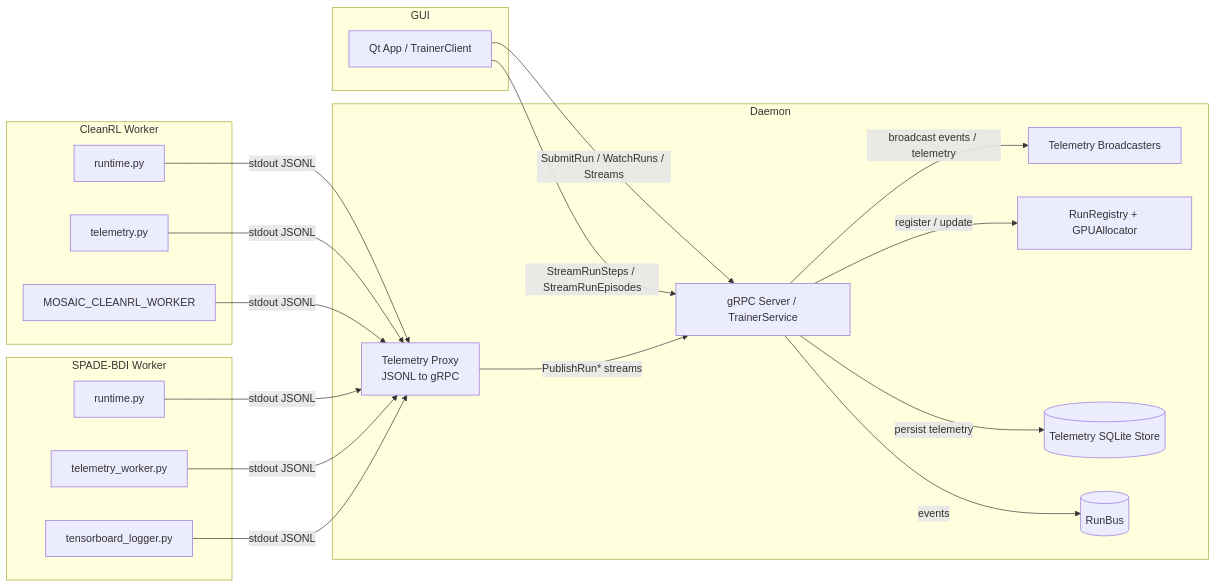
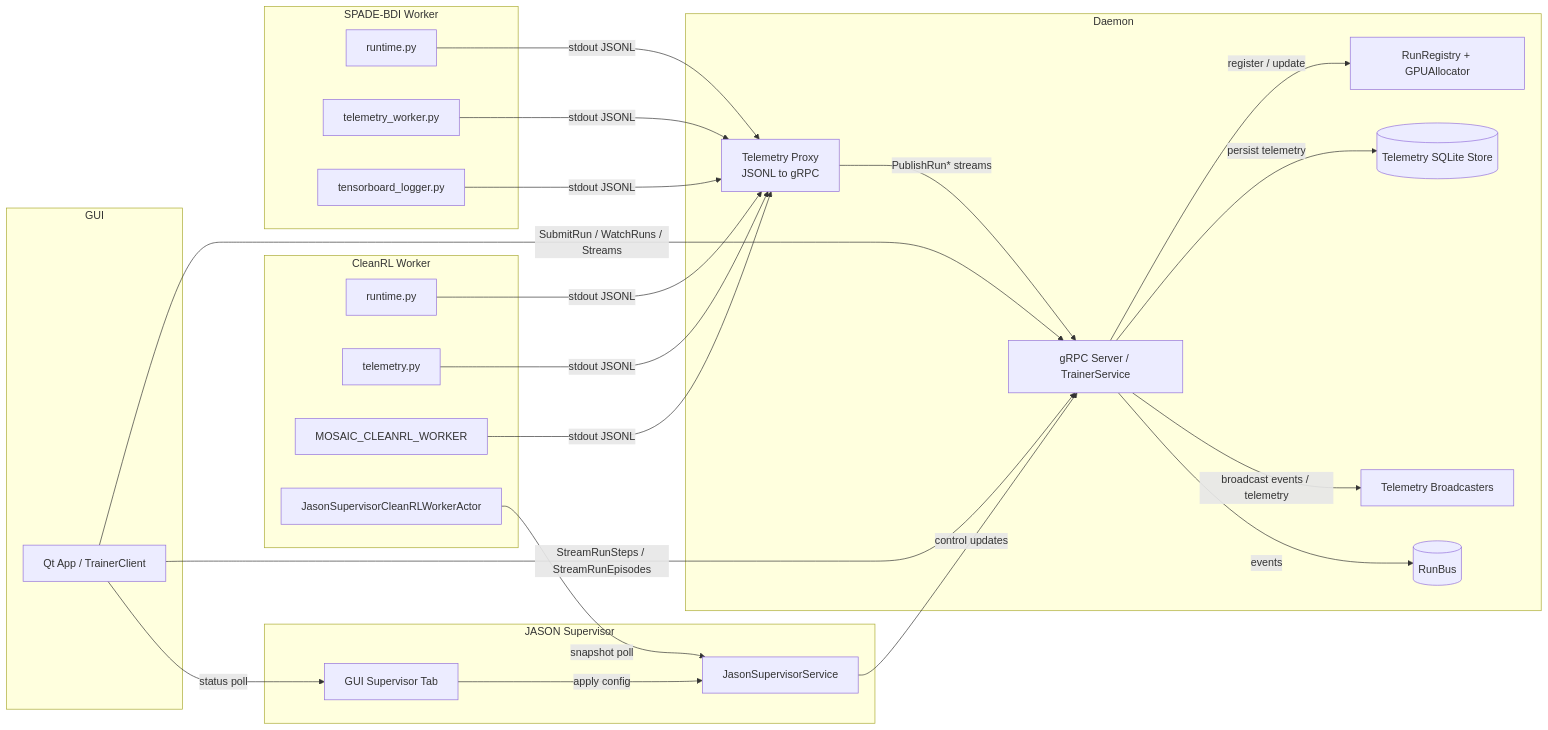
Before and after one commit to Abdulhamid97Mousa/mosaic: the second of 5 diagrams in docs/1.0_DAY_21/TASK_1/GRPC.md, drawn with Mermaid. The commit also changed other lines of this file and 4 other files, not shown here.

````diff
--- a/docs/1.0_DAY_21/TASK_1/GRPC.md
+++ b/docs/1.0_DAY_21/TASK_1/GRPC.md
@@ -138,46 +138,55 @@
 ```mermaid
 flowchart LR
   %% High-level actors and services
   subgraph GUI
     G1[Qt App / TrainerClient]
   end
   subgraph Daemon
     S1[gRPC Server / TrainerService]
     B1[Telemetry Broadcasters]
     R1[RunRegistry + GPUAllocator]
     DB[(Telemetry SQLite Store)]
     BUS[(RunBus)]
     P1[Telemetry Proxy<br/>JSONL to gRPC]
   end
 
   %% Worker families (explicit)
   subgraph CleanRL Worker
     CW1[runtime.py]
     CW2[telemetry.py]
     CW3[MOSAIC_CLEANRL_WORKER]
+    CWA[JasonSupervisorCleanRLWorkerActor]
+  end
+  subgraph JASON Supervisor
+    JSTAB[GUI Supervisor Tab]
+    JSVC[JasonSupervisorService]
   end
   subgraph SPADE-BDI Worker
     SB1[runtime.py]
     SB2[telemetry_worker.py]
     SB3[tensorboard_logger.py]
   end
 
   %% Control and streaming edges
   G1 -->|SubmitRun / WatchRuns / Streams| S1
   G1 -->|StreamRunSteps / StreamRunEpisodes| S1
   S1 -->|register / update| R1
   S1 -->|persist telemetry| DB
   S1 -->|broadcast events / telemetry| B1
   S1 -->|events| BUS
+  JSVC -->|control updates| S1
+  G1 -->|status poll| JSTAB
+  JSTAB -->|apply config| JSVC
+  CWA -->|snapshot poll| JSVC
 
   %% Worker stdout JSONL to proxy
   CW1 -->|stdout JSONL| P1
   CW2 -->|stdout JSONL| P1
   CW3 -->|stdout JSONL| P1
   SB1 -->|stdout JSONL| P1
   SB2 -->|stdout JSONL| P1
   SB3 -->|stdout JSONL| P1
 
   %% Proxy pushes via client-streams
   P1 -->|PublishRun* streams| S1
 ```
````
